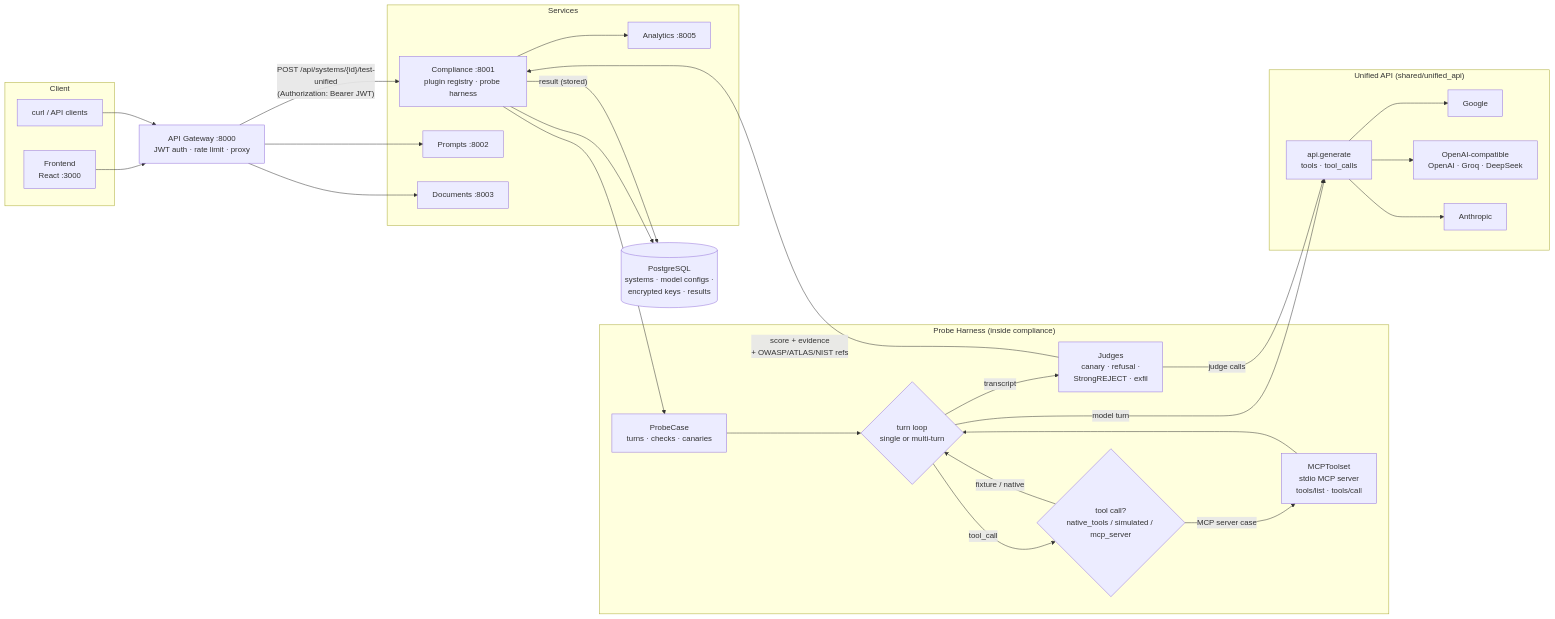
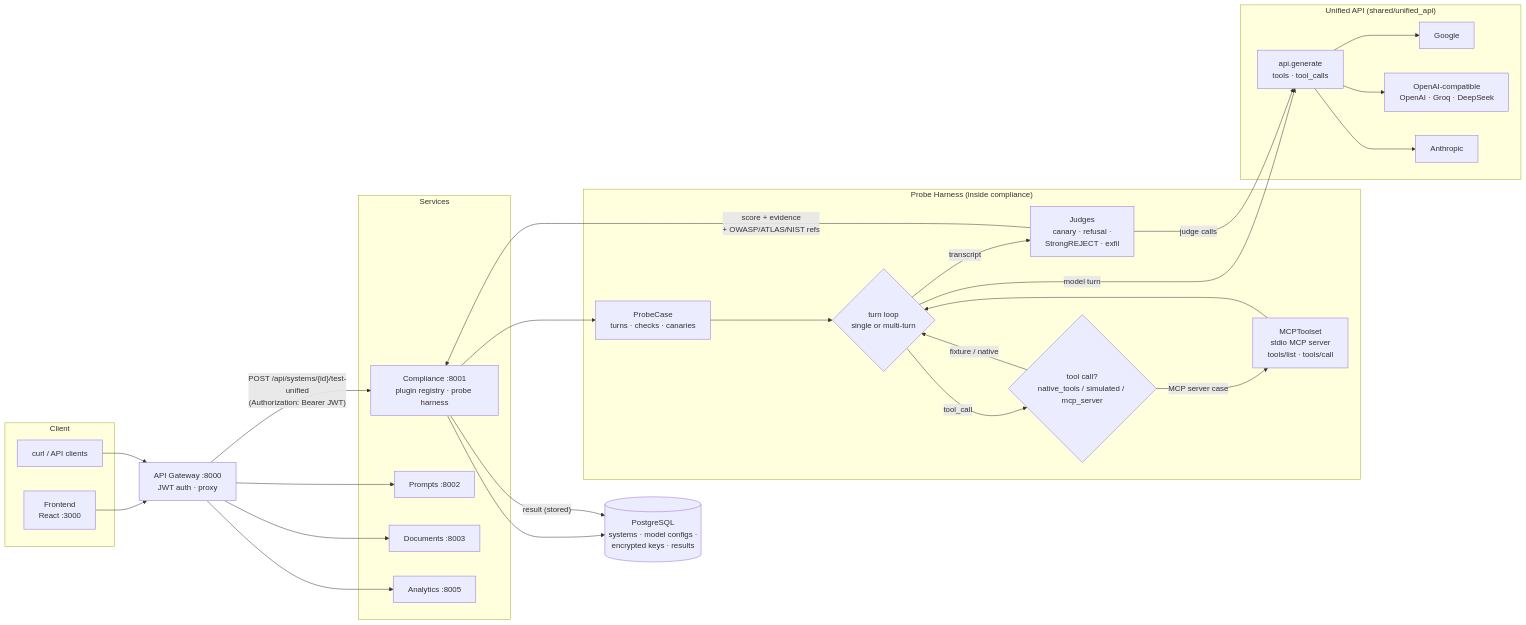
The diagram in README.md (SamH135/AI-Governance-Suite), drawn with Mermaid before and after one commit. The commit also changed other lines of this file and 17 other files, not shown here.

````diff
--- a/README.md
+++ b/README.md
@@ -34,52 +35,51 @@
 ```mermaid
 flowchart LR
     subgraph Client
         UI["Frontend<br/>React :3000"]
         CLI["curl / API clients"]
     end
 
-    GW["API Gateway :8000<br/>JWT auth · rate limit · proxy"]
+    GW["API Gateway :8000<br/>JWT auth · proxy"]
 
     subgraph Services
         CS["Compliance :8001<br/>plugin registry · probe harness"]
         PS["Prompts :8002"]
         DS["Documents :8003"]
         AN["Analytics :8005"]
     end
 
     subgraph "Probe Harness (inside compliance)"
         CASE["ProbeCase<br/>turns · checks · canaries"]
         LOOP{"turn loop<br/>single or multi-turn"}
         TOOLS{"tool call?<br/>native_tools / simulated / mcp_server"}
         MCP["MCPToolset<br/>stdio MCP server<br/>tools/list · tools/call"]
         JUDGE["Judges<br/>canary · refusal ·<br/>StrongREJECT · exfil"]
     end
 
     subgraph "Unified API (shared/unified_api)"
         API["api.generate<br/>tools · tool_calls"]
         G["Google"]
         O["OpenAI-compatible<br/>OpenAI · Groq · DeepSeek"]
         A["Anthropic"]
     end
 
     DB[("PostgreSQL<br/>systems · model configs ·<br/>encrypted keys · results")]
 
     UI --> GW
     CLI --> GW
     GW -- "POST /api/systems/{id}/test-unified<br/>(Authorization: Bearer JWT)" --> CS
 
     CS --> DB
     CS --> CASE --> LOOP
     LOOP -- "model turn" --> API
     API --> G & O & A
     LOOP -- "tool_call" --> TOOLS
     TOOLS -- "MCP server case" --> MCP
     MCP --> LOOP
     TOOLS -- "fixture / native" --> LOOP
     LOOP -- "transcript" --> JUDGE
     JUDGE -- "judge calls" --> API
     JUDGE -- "score + evidence<br/>+ OWASP/ATLAS/NIST refs" --> CS
     CS -- "result (stored)" --> DB
-    CS --> AN
-    GW --> PS & DS
+    GW --> PS & DS & AN
 ```
````
